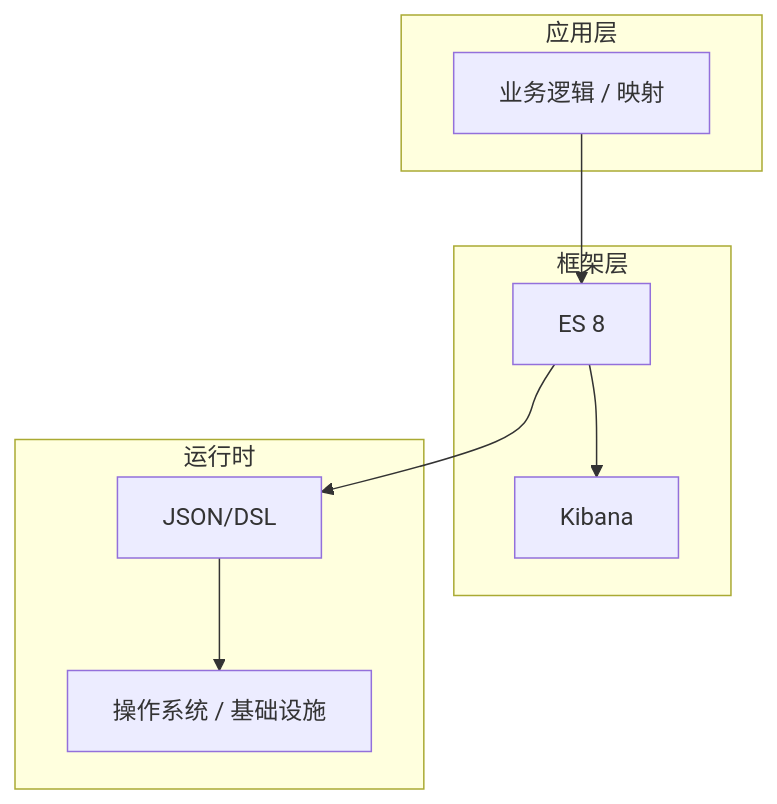
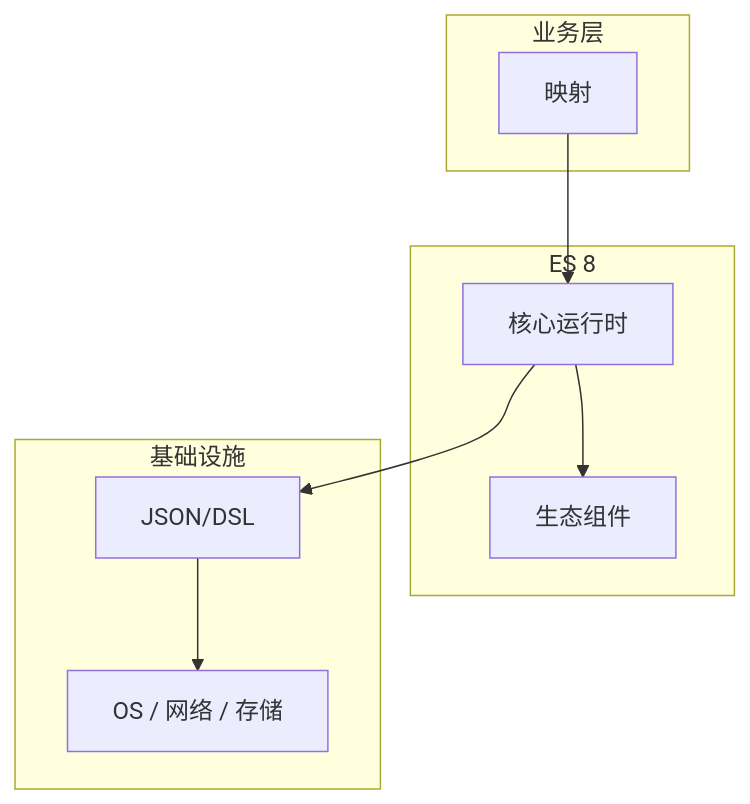
One commit to yanggan2015/knowledge-json-v2 changed the diagram in articles/Elasticsearch/chapters/029-映射核心概念与原理.md. Above: the diagram before and after it, drawn with Mermaid. The commit also changed other lines of this file and 10127 other files, not shown here.

````diff
--- a/articles/Elasticsearch/chapters/029-映射核心概念与原理.md
+++ b/articles/Elasticsearch/chapters/029-映射核心概念与原理.md
@@ -45,18 +34,18 @@
 ```mermaid
 graph TB
-    subgraph 应用层
-        A[业务逻辑 / 映射]
+    subgraph 业务层
+        A[映射]
     end
-    subgraph 框架层
-        B[ES 8]
-        C[Kibana]
+    subgraph ES 8
+        B[核心运行时]
+        C[生态组件]
     end
-    subgraph 运行时
+    subgraph 基础设施
         D[JSON/DSL]
-        E[操作系统 / 基础设施]
+        E[OS / 网络 / 存储]
     end
     A --> B
     B --> C
     B --> D
     D --> E
 ```
````
